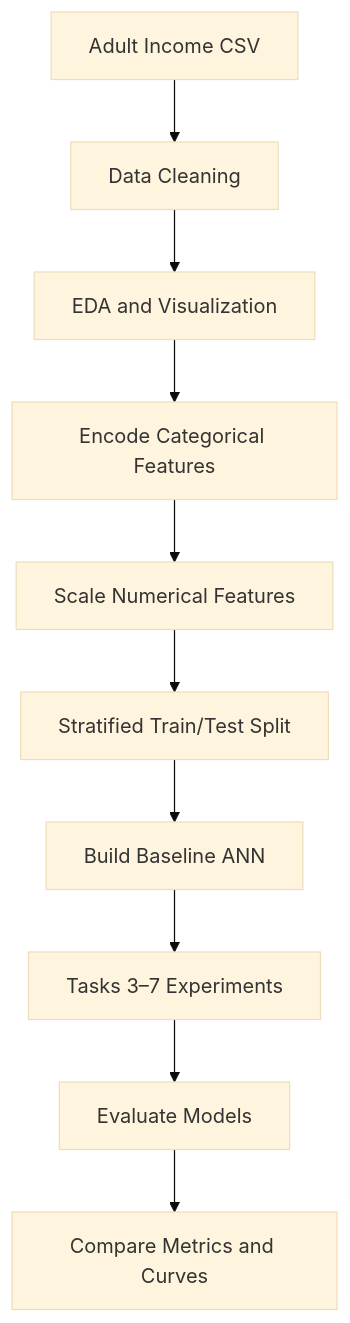
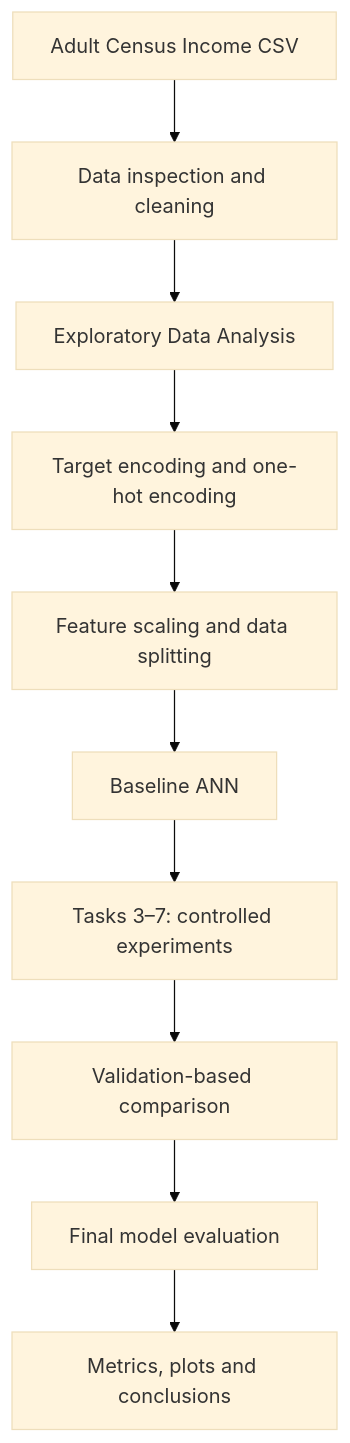
Before and after one commit to pmanan2031-web/PR-2.DEEP-LEARNING: the diagram in README.md, drawn with Mermaid (base theme). The commit also changed other lines of this file, not shown here.

````diff
--- a/README.md
+++ b/README.md
@@ -104,12 +82,12 @@
 ```mermaid
 flowchart TD
-    A["Adult Income CSV"] --> B["Data Cleaning"]
-    B --> C["EDA and Visualization"]
-    C --> D["Encode Categorical Features"]
-    D --> E["Scale Numerical Features"]
-    E --> F["Stratified Train/Test Split"]
-    F --> G["Build Baseline ANN"]
-    G --> H["Tasks 3–7 Experiments"]
-    H --> I["Evaluate Models"]
-    I --> J["Compare Metrics and Curves"]
+    A["Adult Census Income CSV"] --> B["Data inspection and cleaning"]
+    B --> C["Exploratory Data Analysis"]
+    C --> D["Target encoding and one-hot encoding"]
+    D --> E["Feature scaling and data splitting"]
+    E --> F["Baseline ANN"]
+    F --> G["Tasks 3–7: controlled experiments"]
+    G --> H["Validation-based comparison"]
+    H --> I["Final model evaluation"]
+    I --> J["Metrics, plots and conclusions"]
 ```
````
